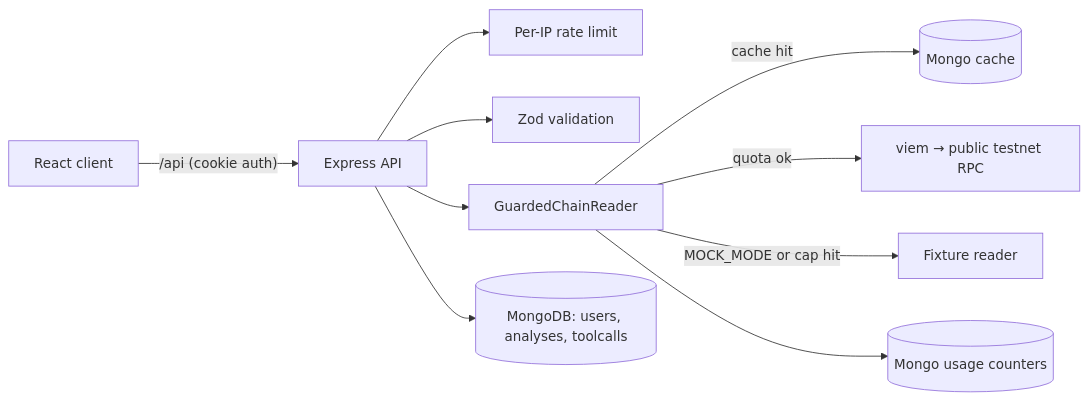
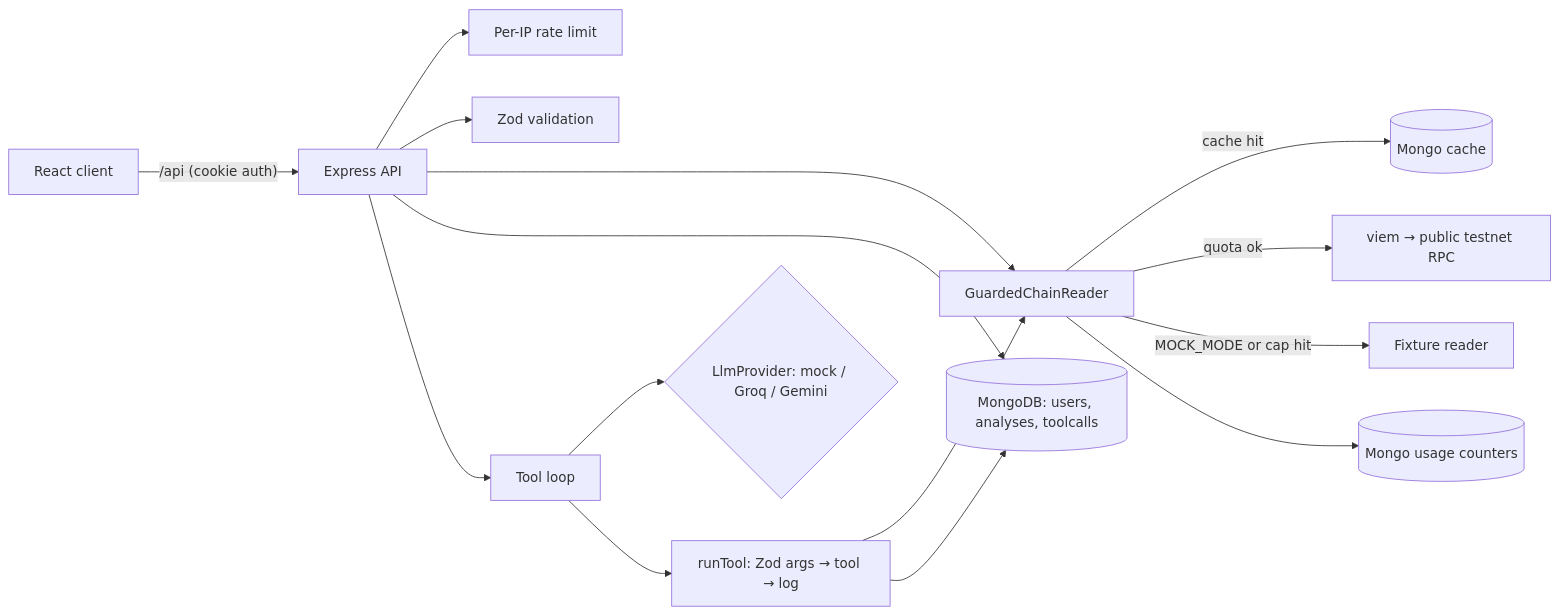
One commit to asghar002345/walletlens changed the diagram in README.md. Above: the diagram before and after it, drawn with Mermaid. The commit also changed other lines of this file, not shown here.

Commit message:
docs: document the tool loop, tools table and prompt-injection guard

````diff
--- a/README.md
+++ b/README.md
@@ -30,12 +31,17 @@
 ```mermaid
 flowchart LR
   UI[React client] -- "/api (cookie auth)" --> API[Express API]
   API --> RL[Per-IP rate limit]
   API --> V[Zod validation]
   API --> CR[GuardedChainReader]
   CR -- "cache hit" --> Cache[(Mongo cache)]
   CR -- "quota ok" --> RPC[viem → public testnet RPC]
   CR -- "MOCK_MODE or cap hit" --> FX[Fixture reader]
   CR --> Q[(Mongo usage counters)]
   API --> DB[(MongoDB: users, analyses, toolcalls)]
+  API --> AG[Tool loop]
+  AG --> LLM{LlmProvider: mock / Groq / Gemini}
+  AG --> TR[runTool: Zod args → tool → log]
+  TR --> CR
+  TR --> DB
 ```
````
